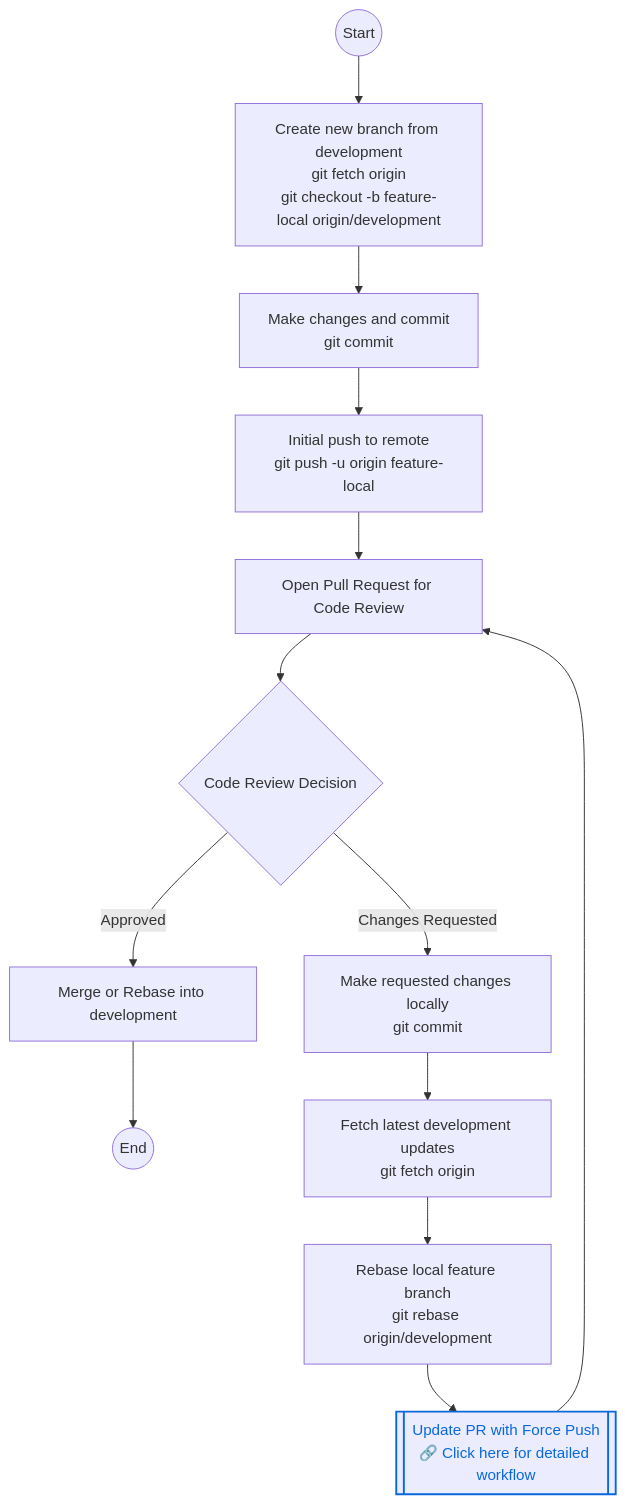
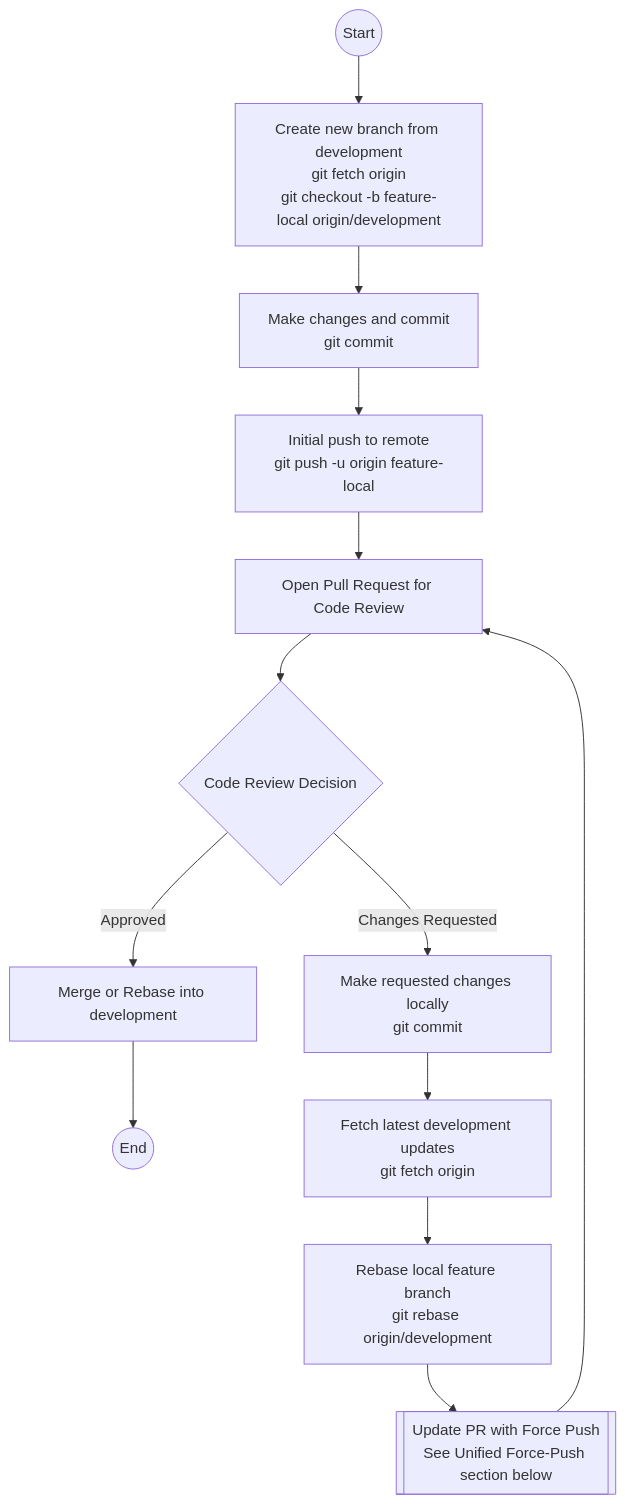
Before and after one commit to zurcacielos/git-rebase-explained-to-infinity: the first of 14 diagrams in README.md, drawn with Mermaid. The commit also changed other lines of this file, not shown here.

Commit message:
link fix

````diff
--- a/README.md
+++ b/README.md
@@ -15,20 +15,17 @@
 ```mermaid
 flowchart TD
     Start((Start)) --> Checkout["Create new branch from development<br>git fetch origin<br>git checkout -b feature-local origin/development"]
     Checkout --> Commit[Make changes and commit<br>git commit]
     Commit --> InitialPush[Initial push to remote<br>git push -u origin feature-local]
     InitialPush --> PR[Open Pull Request for Code Review]
     PR --> Review{Code Review Decision}
     
     Review -- Approved --> Merge[Merge or Rebase into development]
     Merge --> End((End))
     
     Review -- Changes Requested --> MoreCommits[Make requested changes locally<br>git commit]
     MoreCommits --> Fetch[Fetch latest development updates<br>git fetch origin]
     Fetch --> Rebase[Rebase local feature branch<br>git rebase origin/development]
-    Rebase --> ForcePush[[Update PR with Force Push<br>🔗 Click here for detailed workflow]]
+    Rebase --> ForcePush[[Update PR with Force Push<br>See Unified Force-Push section below]]
     ForcePush --> PR
-    
-    click ForcePush "#unified-force-push-workflow-for-linear-history" "View detailed force-push workflow"
-    style ForcePush stroke:#0969da,stroke-width:2px,color:#0969da
 ```
````
